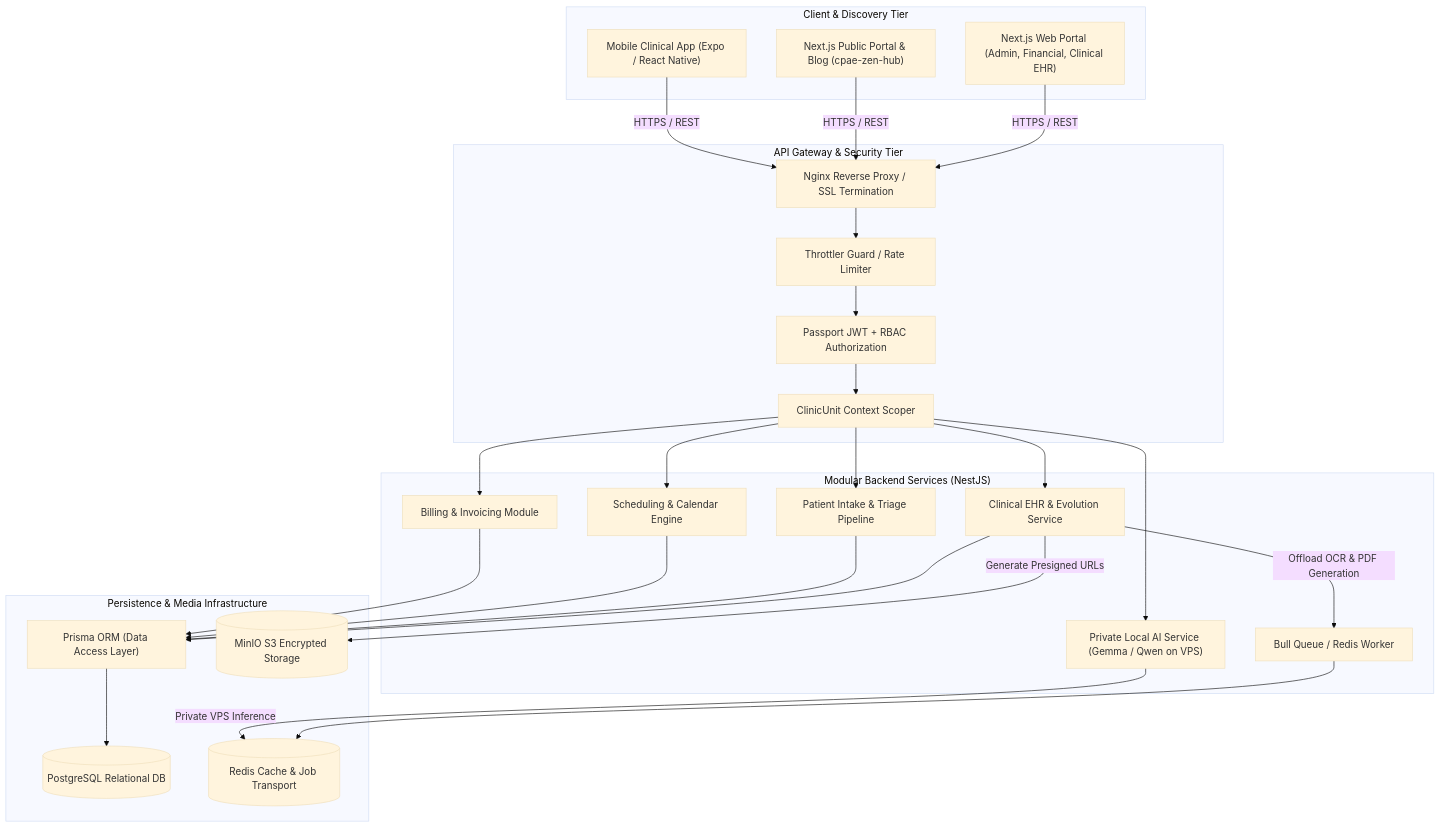
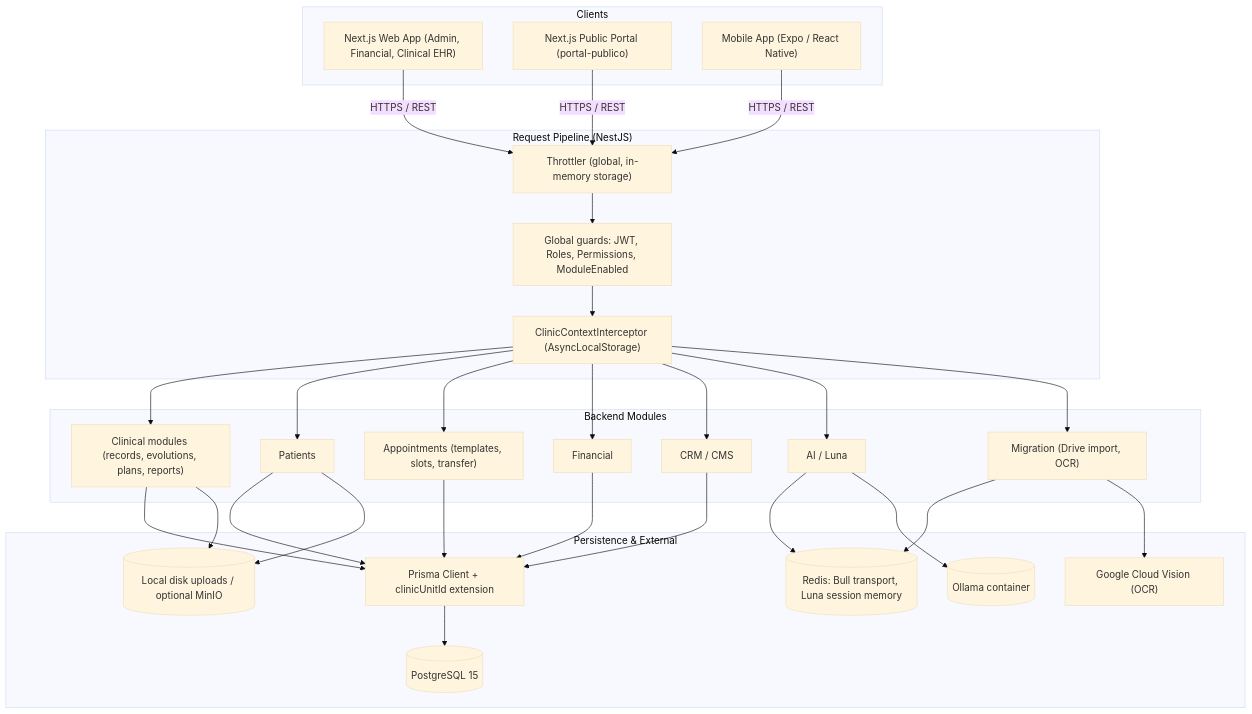
One commit to leonardosantana214/case-study-cpae-saas changed the diagram in README.md. Above: the diagram before and after it, drawn with Mermaid (base theme). The commit also changed other lines of this file and 5 other files, not shown here.

````diff
--- a/README.md
+++ b/README.md
@@ -54,56 +57,46 @@
 ```mermaid
 flowchart TD
-    subgraph Clients["Client & Discovery Tier"]
-        WebAdmin["Next.js Web Portal (Admin, Financial, Clinical EHR)"]
-        WebPublic["Next.js Public Portal & Blog (cpae-zen-hub)"]
-        Mobile["Mobile Clinical App (Expo / React Native)"]
+    subgraph Clients["Clients"]
+        WebAdmin["Next.js Web App (Admin, Financial, Clinical EHR)"]
+        WebPublic["Next.js Public Portal (portal-publico)"]
+        Mobile["Mobile App (Expo / React Native)"]
     end
 
-    subgraph GatewayTier["API Gateway & Security Tier"]
-        ReverseProxy["Nginx Reverse Proxy / SSL Termination"]
-        RateLimit["Throttler Guard / Rate Limiter"]
-        AuthModule["Passport JWT + RBAC Authorization"]
-        UnitGuard["ClinicUnit Context Scoper"]
+    subgraph Pipeline["Request Pipeline (NestJS)"]
+        RateLimit["Throttler (global, in-memory storage)"]
+        Guards["Global guards: JWT, Roles, Permissions, ModuleEnabled"]
+        UnitCtx["ClinicContextInterceptor (AsyncLocalStorage)"]
     end
 
-    subgraph ServiceTier["Modular Backend Services (NestJS)"]
-        ClinicalService["Clinical EHR & Evolution Service"]
-        PatientService["Patient Intake & Triage Pipeline"]
-        ScheduleService["Scheduling & Calendar Engine"]
-        BillingService["Billing & Invoicing Module"]
-        QueueService["Bull Queue / Redis Worker"]
-        AIService["Private Local AI Service (Gemma / Qwen on VPS)"]
+    subgraph Modules["Backend Modules"]
+        Clinical["Clinical modules (records, evolutions, plans, reports)"]
+        Patients["Patients"]
+        Schedule["Appointments (templates, slots, transfer)"]
+        Financial["Financial"]
+        Crm["CRM / CMS"]
+        Luna["AI / Luna"]
+        Migration["Migration (Drive import, OCR)"]
     end
 
-    subgraph StorageTier["Persistence & Media Infrastructure"]
-        PrismaORM["Prisma ORM (Data Access Layer)"]
-        Postgres[(PostgreSQL Relational DB)]
-        Redis[(Redis Cache & Job Transport)]
-        MinIO[(MinIO S3 Encrypted Storage)]
+    subgraph Infra["Persistence & External"]
+        Prisma["Prisma Client + clinicUnitId extension"]
+        Postgres[(PostgreSQL 15)]
+        Redis[(Redis: Bull transport, Luna session memory)]
+        Storage[(Local disk uploads / optional MinIO)]
+        Ollama[(Ollama container)]
+        Vision["Google Cloud Vision (OCR)"]
     end
 
-    WebAdmin -->|HTTPS / REST| ReverseProxy
-    WebPublic -->|HTTPS / REST| ReverseProxy
-    Mobile -->|HTTPS / REST| ReverseProxy
-
-    ReverseProxy --> RateLimit
-    RateLimit --> AuthModule
-    AuthModule --> UnitGuard
-
-    UnitGuard --> ClinicalService
-    UnitGuard --> PatientService
-    UnitGuard --> ScheduleService
-    UnitGuard --> BillingService
-    UnitGuard --> AIService
-
-    ClinicalService --> PrismaORM
-    PatientService --> PrismaORM
-    ScheduleService --> PrismaORM
-    BillingService --> PrismaORM
-
-    PrismaORM --> Postgres
-    ClinicalService -->|Offload OCR & PDF Generation| QueueService
-    QueueService --> Redis
-    ClinicalService -->|Generate Presigned URLs| MinIO
-    AIService -->|Private VPS Inference| Redis
+    WebAdmin -->|HTTPS / REST| RateLimit
+    WebPublic -->|HTTPS / REST| RateLimit
+    Mobile -->|HTTPS / REST| RateLimit
+    RateLimit --> Guards --> UnitCtx
+    UnitCtx --> Clinical & Patients & Schedule & Financial & Crm & Luna & Migration
+    Clinical & Patients & Schedule & Financial & Crm --> Prisma --> Postgres
+    Clinical --> Storage
+    Patients --> Storage
+    Migration --> Redis
+    Migration --> Vision
+    Luna --> Redis
+    Luna --> Ollama
 ```
````
